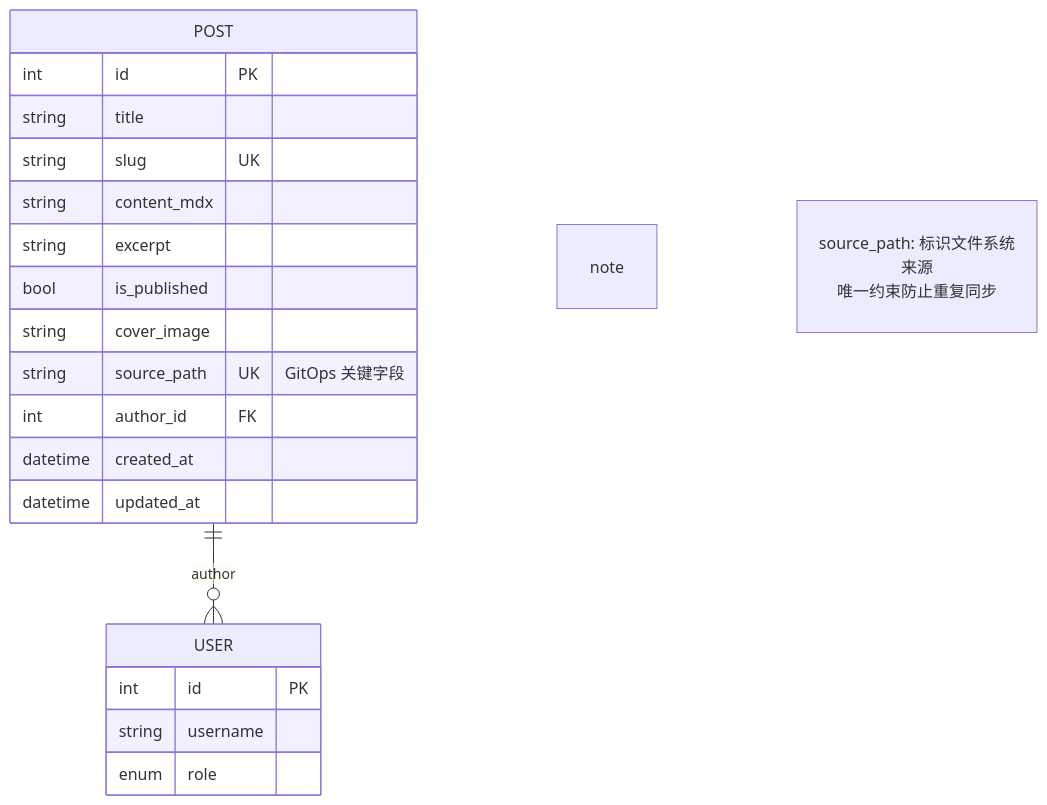
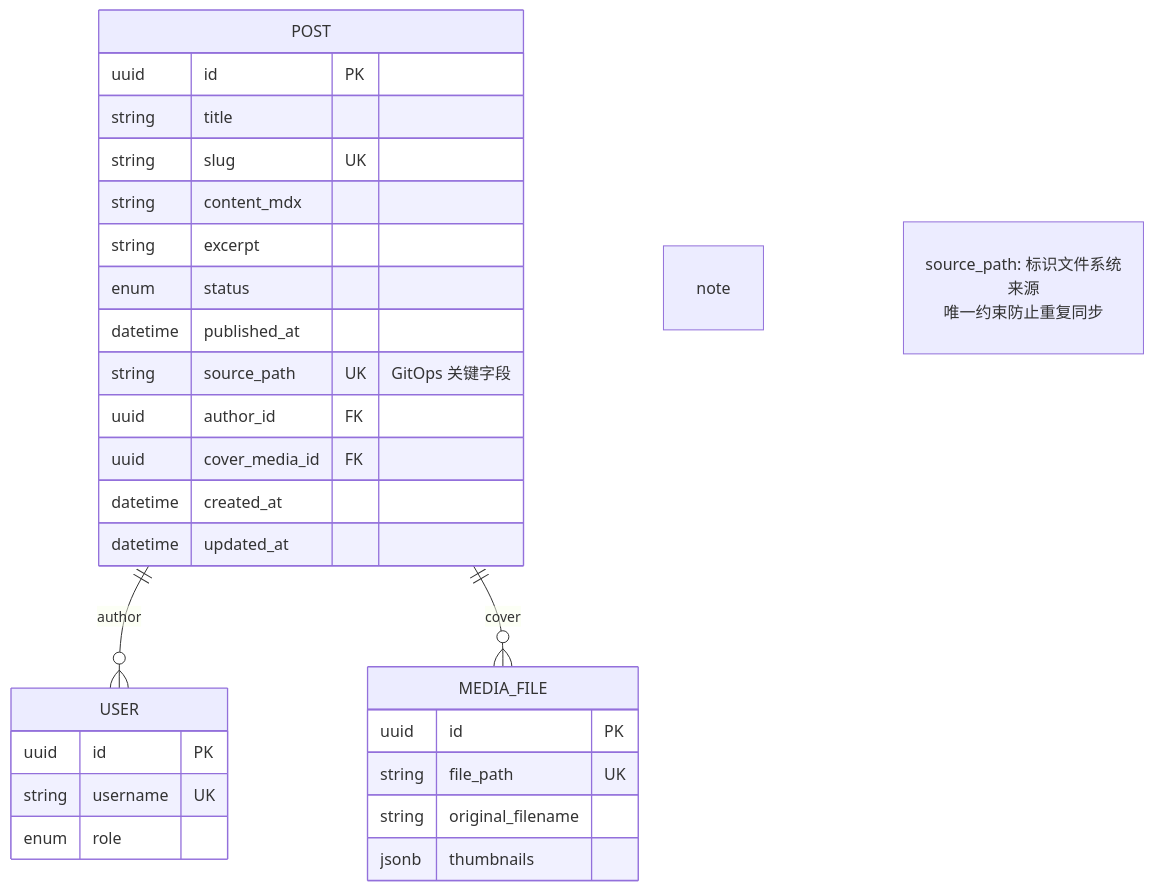
Before and after one commit to sumanin5/blog_fr: the seventh of 7 diagrams in backend/app/git_ops/ARCHITECTURE.md, drawn with Mermaid. The commit also changed other lines of this file and 24 other files, not shown here.

````diff
--- a/backend/app/git_ops/ARCHITECTURE.md
+++ b/backend/app/git_ops/ARCHITECTURE.md
@@ -425,26 +628,35 @@
 ```mermaid
 erDiagram
     POST {
-        int id PK
+        uuid id PK
         string title
         string slug UK
         string content_mdx
         string excerpt
-        bool is_published
-        string cover_image
+        enum status
+        datetime published_at
         string source_path UK "GitOps 关键字段"
-        int author_id FK
+        uuid author_id FK
+        uuid cover_media_id FK
         datetime created_at
         datetime updated_at
     }
 
     USER {
-        int id PK
-        string username
+        uuid id PK
+        string username UK
         enum role
     }
 
+    MEDIA_FILE {
+        uuid id PK
+        string file_path UK
+        string original_filename
+        jsonb thumbnails
+    }
+
     POST ||--o{ USER : "author"
+    POST ||--o{ MEDIA_FILE : "cover"
 
     note "source_path: 标识文件系统来源<br>唯一约束防止重复同步"
 ```
````
